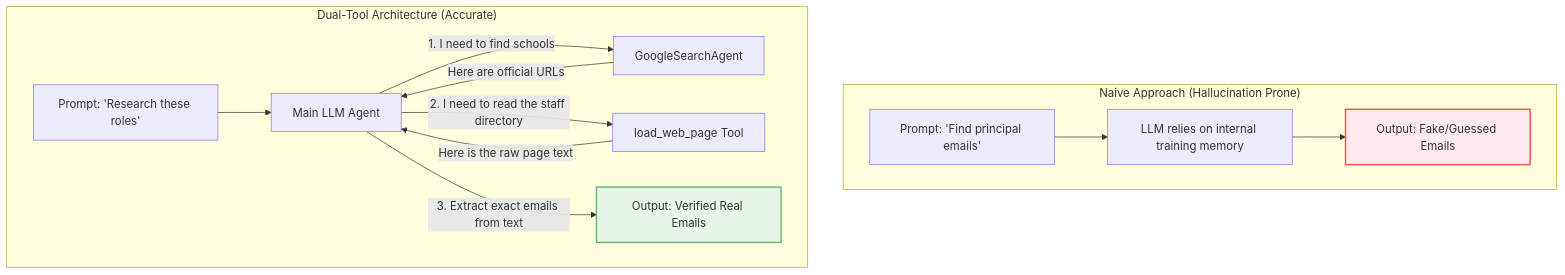
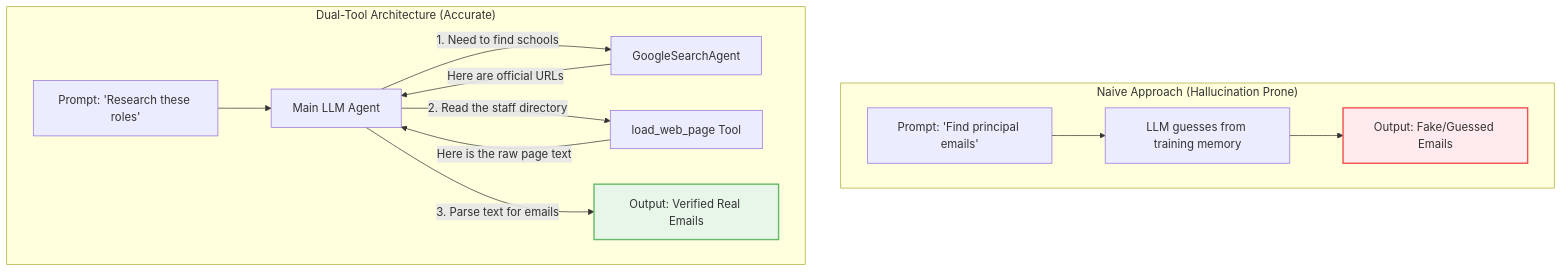
Before and after one commit to srtux/outreach: the diagram in docs/02_architecture.md, drawn with Mermaid. The commit also changed other lines of this file and 10 other files, not shown here.

````diff
--- a/docs/02_architecture.md
+++ b/docs/02_architecture.md
@@ -18,19 +20,19 @@
 ```mermaid
 graph TD
     classDef bad fill:#ffebee,stroke:#ef5350,stroke-width:2px,color:#333
     classDef good fill:#e8f5e9,stroke:#66bb6a,stroke-width:2px,color:#333
 
     subgraph "Naive Approach (Hallucination Prone)"
-        Prompt["Prompt: 'Find principal emails'"] --> LLM1[LLM relies on internal training memory]
+        Prompt["Prompt: 'Find principal emails'"] --> LLM1[LLM guesses from training memory]
         LLM1 --> Output1["Output: Fake/Guessed Emails"]:::bad
     end
 
     subgraph "Dual-Tool Architecture (Accurate)"
         Prompt2["Prompt: 'Research these roles'"] --> Agent[Main LLM Agent]
-        Agent -- "1. I need to find schools" --> Search[GoogleSearchAgent]
+        Agent -- "1. Need to find schools" --> Search[GoogleSearchAgent]
         Search -- "Here are official URLs" --> Agent
-        Agent -- "2. I need to read the staff directory" --> Scraper[load_web_page Tool]
+        Agent -- "2. Read the staff directory" --> Scraper[load_web_page Tool]
         Scraper -- "Here is the raw page text" --> Agent
-        Agent -- "3. Extract exact emails from text" --> Output2["Output: Verified Real Emails"]:::good
+        Agent -- "3. Parse text for emails" --> Output2["Output: Verified Real Emails"]:::good
     end
 ```
````
